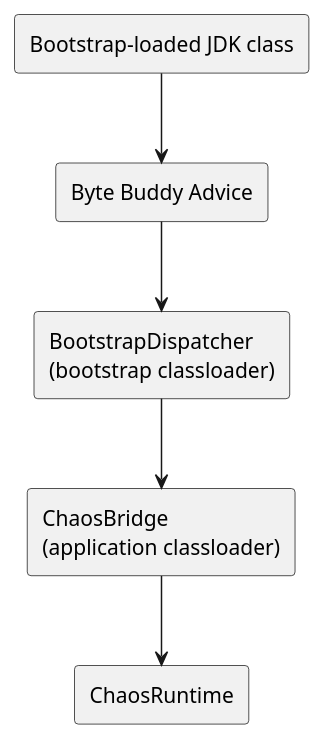
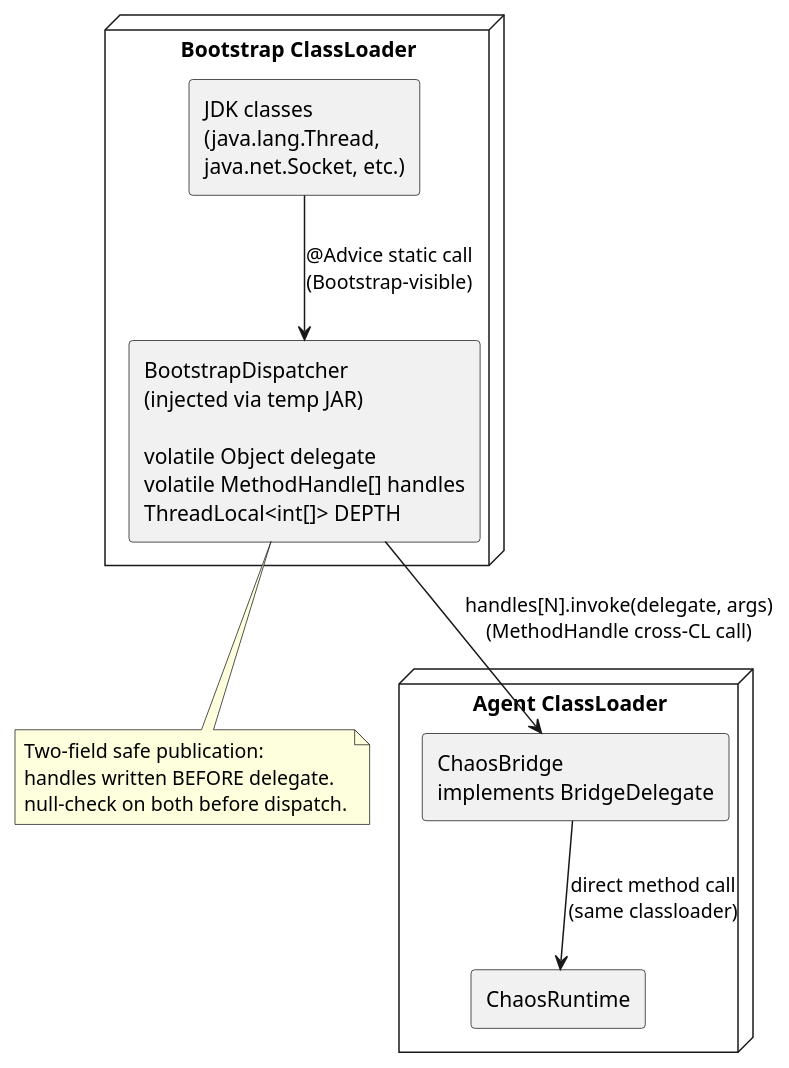
The first of 4 diagrams in docs/instrumentation.md (macstab/macstab-chaos-jvm-agent), drawn with PlantUML before and after one commit. The commit also changed other lines of this file and 303 other files, not shown here.

````diff
--- a/docs/instrumentation.md
+++ b/docs/instrumentation.md
@@ -59,16 +178,23 @@
 ```plantuml
 @startuml
-skinparam componentStyle rectangle
+node "Bootstrap ClassLoader" {
+  rectangle "JDK classes\n(java.lang.Thread,\njava.net.Socket, etc.)" as JDK
+  rectangle "BootstrapDispatcher\n(injected via temp JAR)\n\nvolatile Object delegate\nvolatile MethodHandle[] handles\nThreadLocal<int[]> DEPTH" as BD
+}
 
-component "Bootstrap-loaded JDK class" as Jdk
-component "Byte Buddy Advice" as Advice
-component "BootstrapDispatcher\n(bootstrap classloader)" as Dispatcher
-component "ChaosBridge\n(application classloader)" as Bridge
-component "ChaosRuntime" as Runtime
+node "Agent ClassLoader" {
+  rectangle "ChaosBridge\nimplements BridgeDelegate" as CB
+  rectangle "ChaosRuntime" as CR
+}
 
-Jdk --> Advice
-Advice --> Dispatcher
-Dispatcher --> Bridge
-Bridge --> Runtime
+JDK --> BD : "@Advice static call\n(Bootstrap-visible)"
+BD --> CB : "handles[N].invoke(delegate, args)\n(MethodHandle cross-CL call)"
+CB --> CR : "direct method call\n(same classloader)"
+
+note bottom of BD
+  Two-field safe publication:
+  handles written BEFORE delegate.
+  null-check on both before dispatch.
+end note
 @enduml
 ```
````
